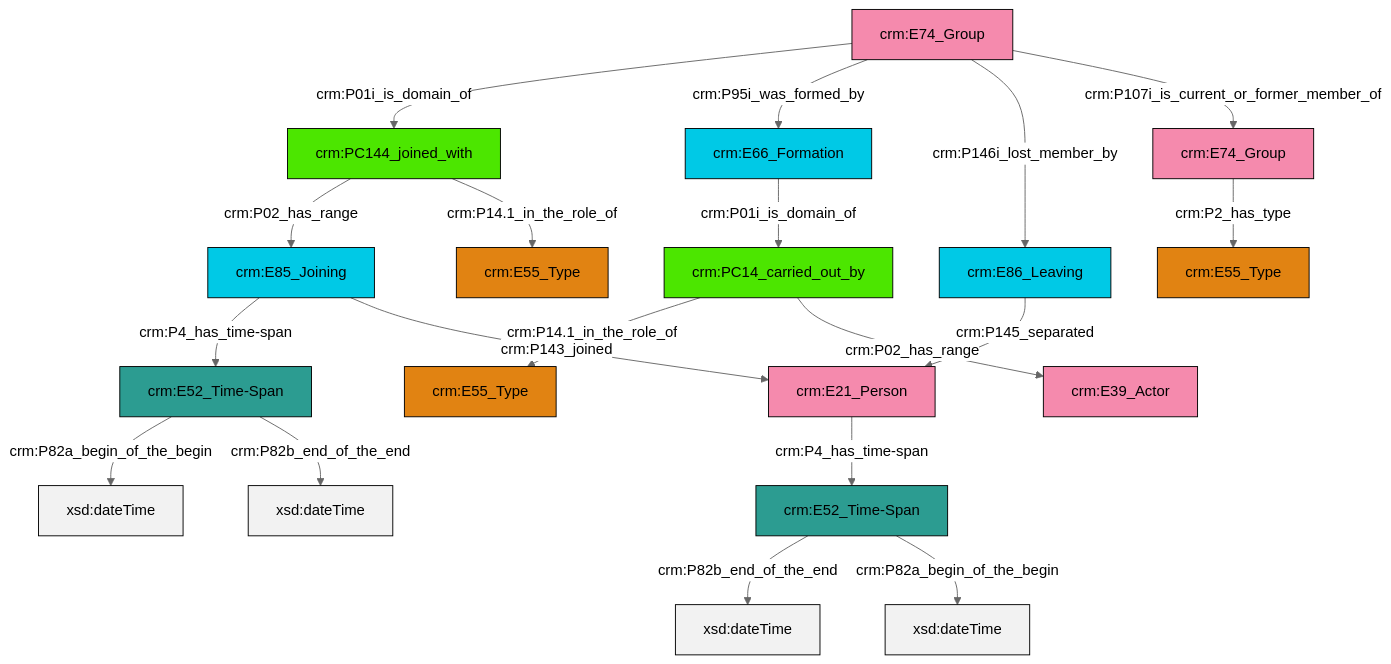
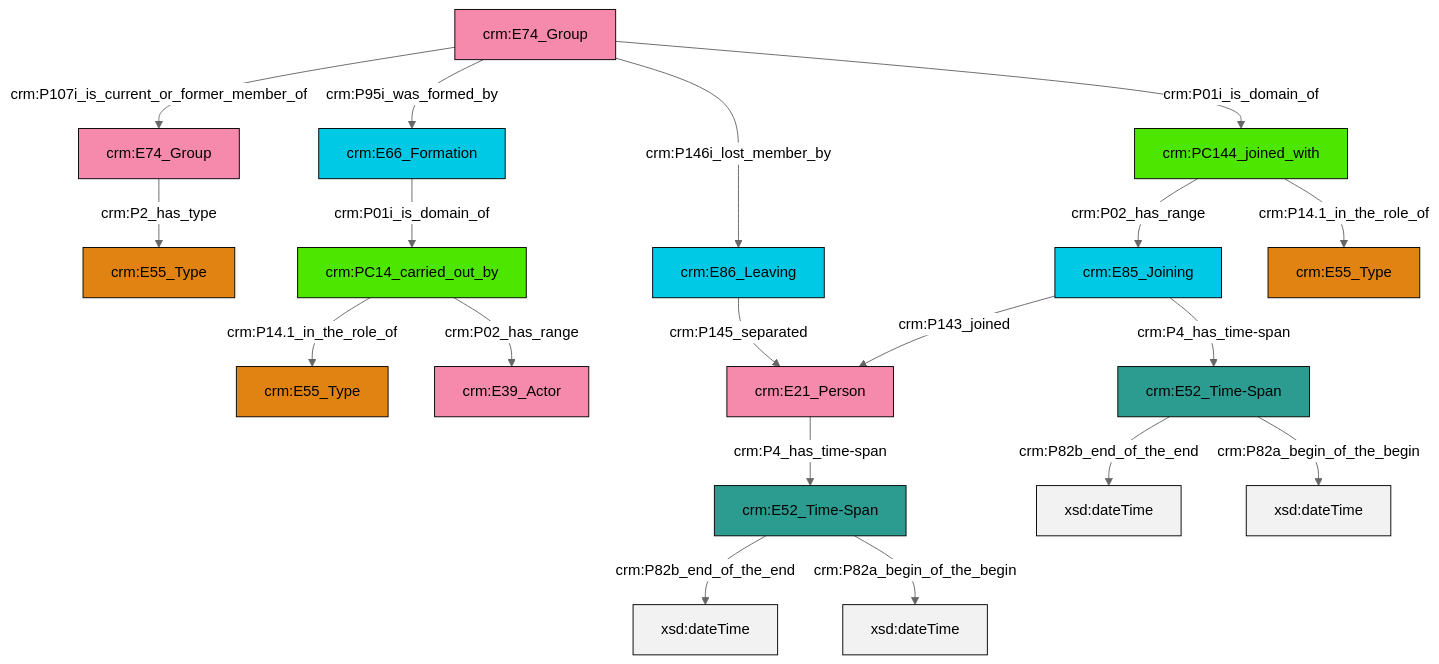
One commit to swiss-art-research-net/reference-data-models changed the diagram in et/groupCSV/ttl/mmd/group_actor_relations.ttl.mmd. Above: the diagram before and after it, drawn with Mermaid (neutral theme). The commit also changed 128 other files, not shown here.

```diff
--- a/et/groupCSV/ttl/mmd/group_actor_relations.ttl.mmd
+++ b/et/groupCSV/ttl/mmd/group_actor_relations.ttl.mmd
@@ -1,33 +1,33 @@
 graph TD
 classDef Literal fill:#f2f2f2,stroke:#000000;
 classDef CRM_Entity fill:#FFFFFF,stroke:#000000;
 classDef Temporal_Entity fill:#00C9E6, stroke:#000000;
 classDef Type fill:#E18312, stroke:#000000;
 classDef Time-Span fill:#2C9C91, stroke:#000000;
 classDef Appellation fill:#FFEB7F, stroke:#000000;
 classDef Place fill:#008836, stroke:#000000;
 classDef Persistent_Item fill:#B266B2, stroke:#000000;
 classDef Conceptual_Object fill:#FFD700, stroke:#000000;
 classDef Physical_Thing fill:#D2B48C, stroke:#000000;
 classDef Actor fill:#f58aad, stroke:#000000;
 classDef PC_Classes fill:#4ce600, stroke:#000000;
 classDef Multi fill:#cccccc,stroke:#000000;
 
-4["crm:E52_Time-Span"]:::Time-Span -->|crm:P82a_begin_of_the_begin| 5[xsd:dateTime]:::Literal
-0["crm:E85_Joining"]:::Temporal_Entity -->|crm:P4_has_time-span| 4["crm:E52_Time-Span"]:::Time-Span
-0["crm:E85_Joining"]:::Temporal_Entity -->|crm:P143_joined| 10["crm:E21_Person"]:::Actor
-12["crm:E74_Group"]:::Actor -->|crm:P01i_is_domain_of| 15["crm:PC144_joined_with"]:::PC_Classes
-17["crm:E52_Time-Span"]:::Time-Span -->|crm:P82b_end_of_the_end| 18[xsd:dateTime]:::Literal
-12["crm:E74_Group"]:::Actor -->|crm:P95i_was_formed_by| 19["crm:E66_Formation"]:::Temporal_Entity
-4["crm:E52_Time-Span"]:::Time-Span -->|crm:P82b_end_of_the_end| 20[xsd:dateTime]:::Literal
-21["crm:PC14_carried_out_by"]:::PC_Classes -->|crm:P14.1_in_the_role_of| 8["crm:E55_Type"]:::Type
-6["crm:E74_Group"]:::Actor -->|crm:P2_has_type| 24["crm:E55_Type"]:::Type
-21["crm:PC14_carried_out_by"]:::PC_Classes -->|crm:P02_has_range| 26["crm:E39_Actor"]:::Actor
-2["crm:E86_Leaving"]:::Temporal_Entity -->|crm:P145_separated| 10["crm:E21_Person"]:::Actor
-19["crm:E66_Formation"]:::Temporal_Entity -->|crm:P01i_is_domain_of| 21["crm:PC14_carried_out_by"]:::PC_Classes
-15["crm:PC144_joined_with"]:::PC_Classes -->|crm:P02_has_range| 0["crm:E85_Joining"]:::Temporal_Entity
-15["crm:PC144_joined_with"]:::PC_Classes -->|crm:P14.1_in_the_role_of| 22["crm:E55_Type"]:::Type
-17["crm:E52_Time-Span"]:::Time-Span -->|crm:P82a_begin_of_the_begin| 30[xsd:dateTime]:::Literal
-12["crm:E74_Group"]:::Actor -->|crm:P146i_lost_member_by| 2["crm:E86_Leaving"]:::Temporal_Entity
-10["crm:E21_Person"]:::Actor -->|crm:P4_has_time-span| 17["crm:E52_Time-Span"]:::Time-Span
-12["crm:E74_Group"]:::Actor -->|crm:P107i_is_current_or_former_member_of| 6["crm:E74_Group"]:::Actor
+0["crm:E74_Group"]:::Actor -->|crm:P107i_is_current_or_former_member_of| 1["crm:E74_Group"]:::Actor
+2["crm:E85_Joining"]:::Temporal_Entity -->|crm:P143_joined| 3["crm:E21_Person"]:::Actor
+4["crm:PC144_joined_with"]:::PC_Classes -->|crm:P02_has_range| 2["crm:E85_Joining"]:::Temporal_Entity
+0["crm:E74_Group"]:::Actor -->|crm:P95i_was_formed_by| 5["crm:E66_Formation"]:::Temporal_Entity
+6["crm:PC14_carried_out_by"]:::PC_Classes -->|crm:P14.1_in_the_role_of| 7["crm:E55_Type"]:::Type
+0["crm:E74_Group"]:::Actor -->|crm:P146i_lost_member_by| 8["crm:E86_Leaving"]:::Temporal_Entity
+9["crm:E52_Time-Span"]:::Time-Span -->|crm:P82b_end_of_the_end| 10[xsd:dateTime]:::Literal
+8["crm:E86_Leaving"]:::Temporal_Entity -->|crm:P145_separated| 3["crm:E21_Person"]:::Actor
+3["crm:E21_Person"]:::Actor -->|crm:P4_has_time-span| 14["crm:E52_Time-Span"]:::Time-Span
+14["crm:E52_Time-Span"]:::Time-Span -->|crm:P82b_end_of_the_end| 16[xsd:dateTime]:::Literal
+0["crm:E74_Group"]:::Actor -->|crm:P01i_is_domain_of| 4["crm:PC144_joined_with"]:::PC_Classes
+1["crm:E74_Group"]:::Actor -->|crm:P2_has_type| 17["crm:E55_Type"]:::Type
+6["crm:PC14_carried_out_by"]:::PC_Classes -->|crm:P02_has_range| 19["crm:E39_Actor"]:::Actor
+5["crm:E66_Formation"]:::Temporal_Entity -->|crm:P01i_is_domain_of| 6["crm:PC14_carried_out_by"]:::PC_Classes
+9["crm:E52_Time-Span"]:::Time-Span -->|crm:P82a_begin_of_the_begin| 22[xsd:dateTime]:::Literal
+14["crm:E52_Time-Span"]:::Time-Span -->|crm:P82a_begin_of_the_begin| 25[xsd:dateTime]:::Literal
+2["crm:E85_Joining"]:::Temporal_Entity -->|crm:P4_has_time-span| 9["crm:E52_Time-Span"]:::Time-Span
+4["crm:PC144_joined_with"]:::PC_Classes -->|crm:P14.1_in_the_role_of| 23["crm:E55_Type"]:::Type
```
